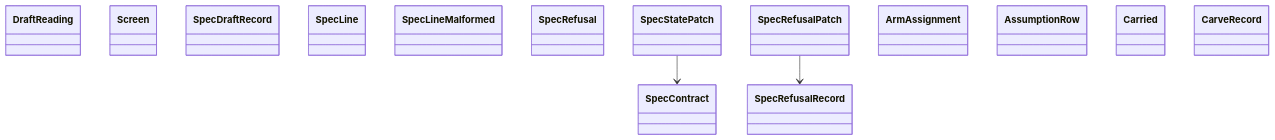
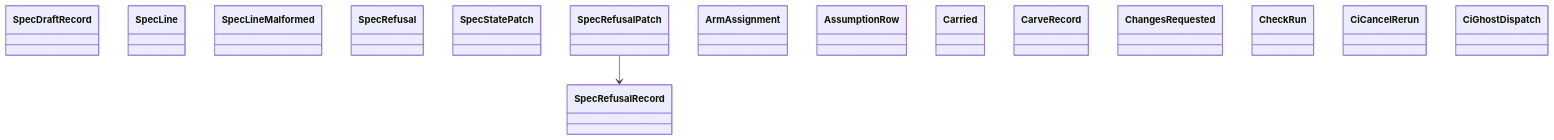
Before and after one commit to GonzaloZevallos/agentic-system: the diagram in docs/architecture/generated/classes-process-domain-state-4.md, drawn with Mermaid. The commit also changed other lines of this file and 9 other files, not shown here.

````diff
--- a/docs/architecture/generated/classes-process-domain-state-4.md
+++ b/docs/architecture/generated/classes-process-domain-state-4.md
@@ -32,19 +32,19 @@
 ```mermaid
 classDiagram
-    class spec_delivery__DraftReading["DraftReading"]
-    class spec_delivery__Screen["Screen"]
-    class spec_delivery__SpecContract["SpecContract"]
     class spec_delivery__SpecDraftRecord["SpecDraftRecord"]
     class spec_delivery__SpecLine["SpecLine"]
     class spec_delivery__SpecLineMalformed["SpecLineMalformed"]
     class spec_delivery__SpecRefusal["SpecRefusal"]
     class spec_delivery__SpecRefusalRecord["SpecRefusalRecord"]
     class spec_delivery__SpecStatePatch["SpecStatePatch"]
     class spec_route__SpecRefusalPatch["SpecRefusalPatch"]
     class task__ArmAssignment["ArmAssignment"]
     class task__AssumptionRow["AssumptionRow"]
     class task__Carried["Carried"]
     class task__CarveRecord["CarveRecord"]
-    spec_delivery__SpecStatePatch --> spec_delivery__SpecContract
+    class task__ChangesRequested["ChangesRequested"]
+    class task__CheckRun["CheckRun"]
+    class task__CiCancelRerun["CiCancelRerun"]
+    class task__CiGhostDispatch["CiGhostDispatch"]
     spec_route__SpecRefusalPatch --> spec_delivery__SpecRefusalRecord
 ```
````
